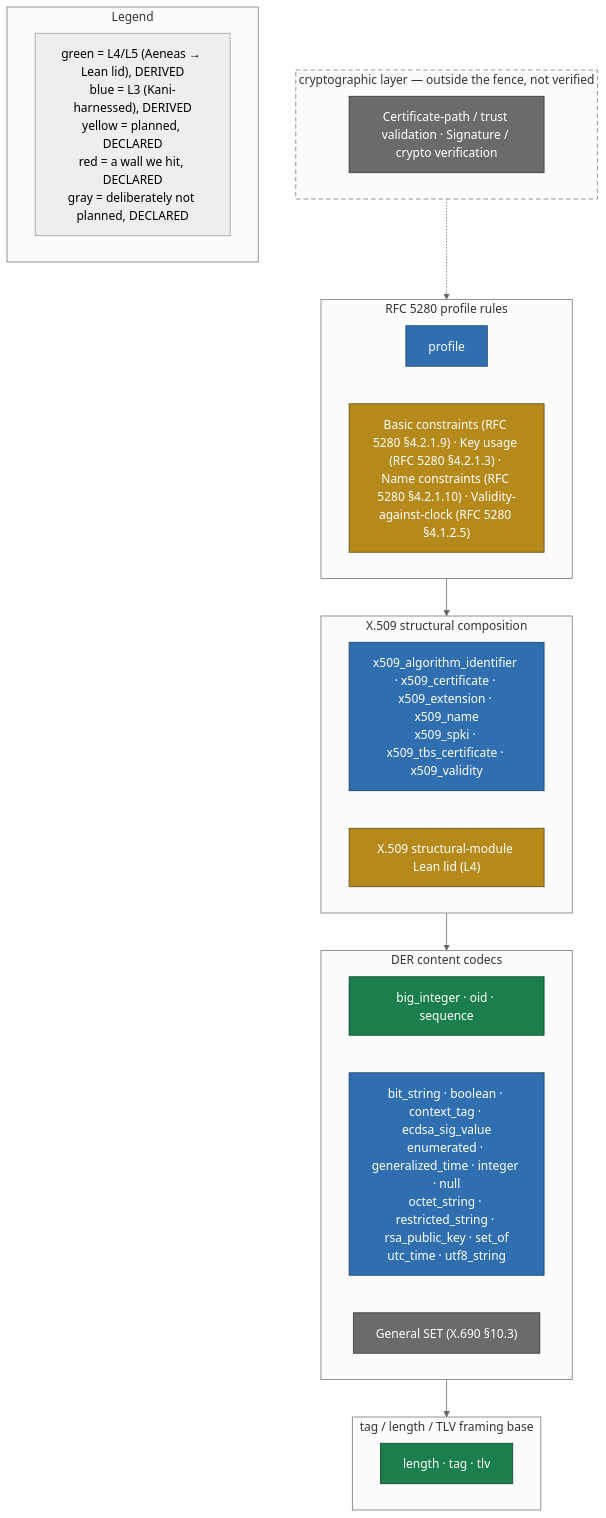
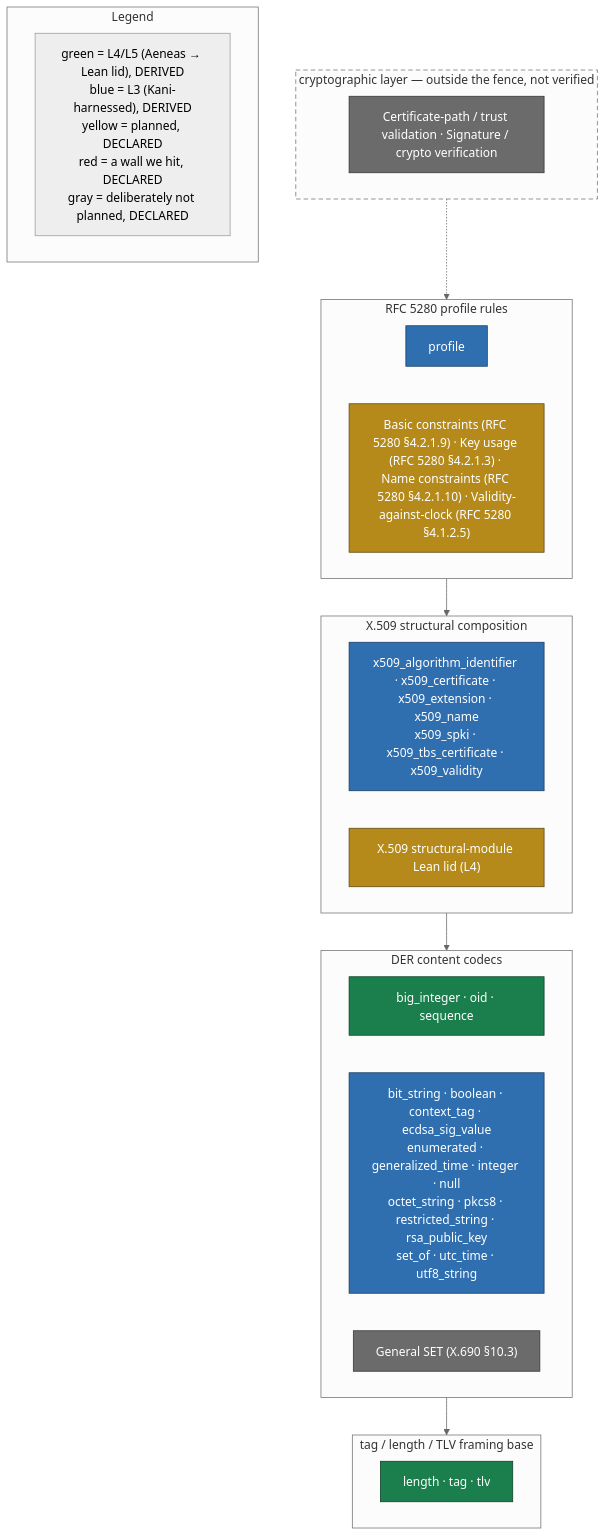
Before and after one commit to ivmat/rs-verified-der: the diagram in README.md, drawn with Mermaid (neutral theme). The commit also changed other lines of this file and 9 other files, not shown here.

First line of the commit message:
Add pkcs8 module: PKCS#8 v1 PrivateKeyInfo structural parser

````diff
--- a/README.md
+++ b/README.md
@@ -86,40 +95,40 @@
 ```mermaid
 flowchart TB
     classDef green fill:#1b7f4d,stroke:#0a3d22,color:#ffffff
     classDef blue fill:#2f6fb0,stroke:#173a5e,color:#ffffff
     classDef yellow fill:#b58a1a,stroke:#5c4610,color:#ffffff
     classDef red fill:#b3382a,stroke:#5c1a10,color:#ffffff
     classDef gray fill:#6b6b6b,stroke:#333333,color:#ffffff
 
     subgraph crypto_layer["cryptographic layer — outside the fence, not verified"]
         direction LR
         style crypto_layer stroke-dasharray: 6 4
         crypto_gray["Certificate-path / trust validation · Signature / crypto verification"]:::gray
     end
     subgraph profile_layer["RFC 5280 profile rules"]
         direction LR
         profile_blue["profile"]:::blue
         profile_yellow["Basic constraints (RFC 5280 §4.2.1.9) · Key usage (RFC 5280 §4.2.1.3) · Name constraints (RFC 5280 §4.2.1.10) · Validity-against-clock (RFC 5280 §4.1.2.5)"]:::yellow
     end
     subgraph structural_layer["X.509 structural composition"]
         direction LR
         structural_blue["x509_algorithm_identifier · x509_certificate · x509_extension · x509_name<br/>x509_spki · x509_tbs_certificate · x509_validity"]:::blue
         structural_yellow["X.509 structural-module Lean lid (L4)"]:::yellow
     end
     subgraph codecs_layer["DER content codecs"]
         direction LR
         codecs_green["big_integer · oid · sequence"]:::green
-        codecs_blue["bit_string · boolean · context_tag · ecdsa_sig_value<br/>enumerated · generalized_time · integer · null<br/>octet_string · restricted_string · rsa_public_key · set_of<br/>utc_time · utf8_string"]:::blue
+        codecs_blue["bit_string · boolean · context_tag · ecdsa_sig_value<br/>enumerated · generalized_time · integer · null<br/>octet_string · pkcs8 · restricted_string · rsa_public_key<br/>set_of · utc_time · utf8_string"]:::blue
         codecs_gray["General SET (X.690 §10.3)"]:::gray
     end
     subgraph framing_layer["tag / length / TLV framing base"]
         direction LR
         framing_green["length · tag · tlv"]:::green
     end
 
     crypto_layer -.-> profile_layer --> structural_layer --> codecs_layer --> framing_layer
 
     subgraph legend["Legend"]
         legend_all["green = L4/L5 (Aeneas → Lean lid), DERIVED<br/>blue = L3 (Kani-harnessed), DERIVED<br/>yellow = planned, DECLARED<br/>red = a wall we hit, DECLARED<br/>gray = deliberately not planned, DECLARED"]
     end
 ```
````
